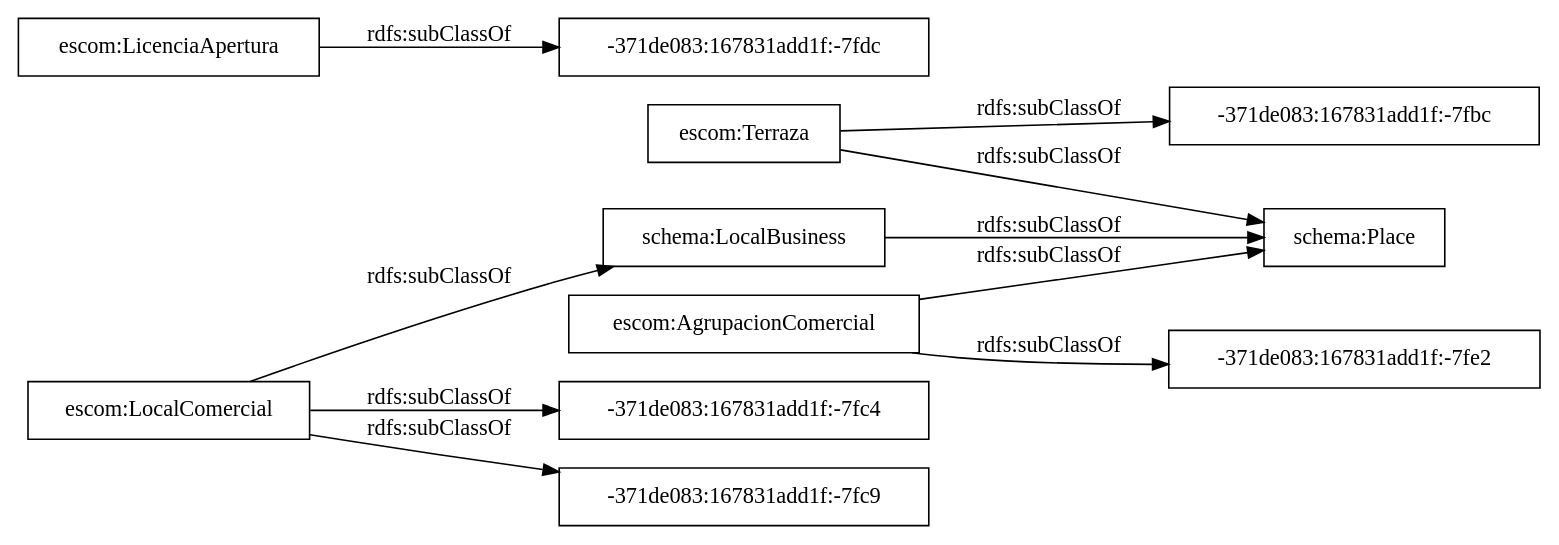
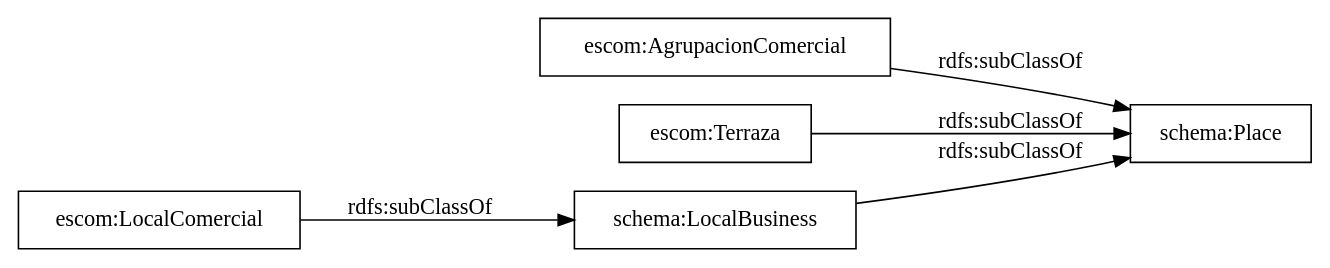
The diagram in OnToology/ontology/tejido-comercial.owl/diagrams/ar2dtool-taxonomy/tejido-comercial.owl.png.dot (paoespinozarias/vocab-comercio-censo-locales), drawn with Graphviz before and after one commit. The commit also changed 23 other files, not shown here.

```diff
--- a/OnToology/ontology/tejido-comercial.owl/diagrams/ar2dtool-taxonomy/tejido-comercial.owl.png.dot
+++ b/OnToology/ontology/tejido-comercial.owl/diagrams/ar2dtool-taxonomy/tejido-comercial.owl.png.dot
@@ -1,15 +1,10 @@
 digraph ar2dtool_diagram { 
 rankdir=LR;
 size="1000"
-node [shape = rectangle, color="black"]; "escom:AgrupacionComercial" "-371de083:167831add1f:-7fdc" "-371de083:167831add1f:-7fbc" "escom:Terraza" "escom:LocalComercial" "-371de083:167831add1f:-7fe2" "-371de083:167831add1f:-7fc4" "schema:LocalBusiness" "-371de083:167831add1f:-7fc9" "schema:Place" "escom:LicenciaApertura" ; /*classes style*/
-	"escom:LicenciaApertura" -> "-371de083:167831add1f:-7fdc" [ label = "rdfs:subClassOf" ];
+node [shape = rectangle, color="black"]; "escom:AgrupacionComercial" "escom:Terraza" "escom:LocalComercial" "schema:LocalBusiness" "schema:Place" ; /*classes style*/
 	"escom:AgrupacionComercial" -> "schema:Place" [ label = "rdfs:subClassOf" ];
-	"escom:AgrupacionComercial" -> "-371de083:167831add1f:-7fe2" [ label = "rdfs:subClassOf" ];
-	"escom:Terraza" -> "-371de083:167831add1f:-7fbc" [ label = "rdfs:subClassOf" ];
 	"escom:Terraza" -> "schema:Place" [ label = "rdfs:subClassOf" ];
 	"escom:LocalComercial" -> "schema:LocalBusiness" [ label = "rdfs:subClassOf" ];
-	"escom:LocalComercial" -> "-371de083:167831add1f:-7fc9" [ label = "rdfs:subClassOf" ];
-	"escom:LocalComercial" -> "-371de083:167831add1f:-7fc4" [ label = "rdfs:subClassOf" ];
 	"schema:LocalBusiness" -> "schema:Place" [ label = "rdfs:subClassOf" ];
 
 }
```
